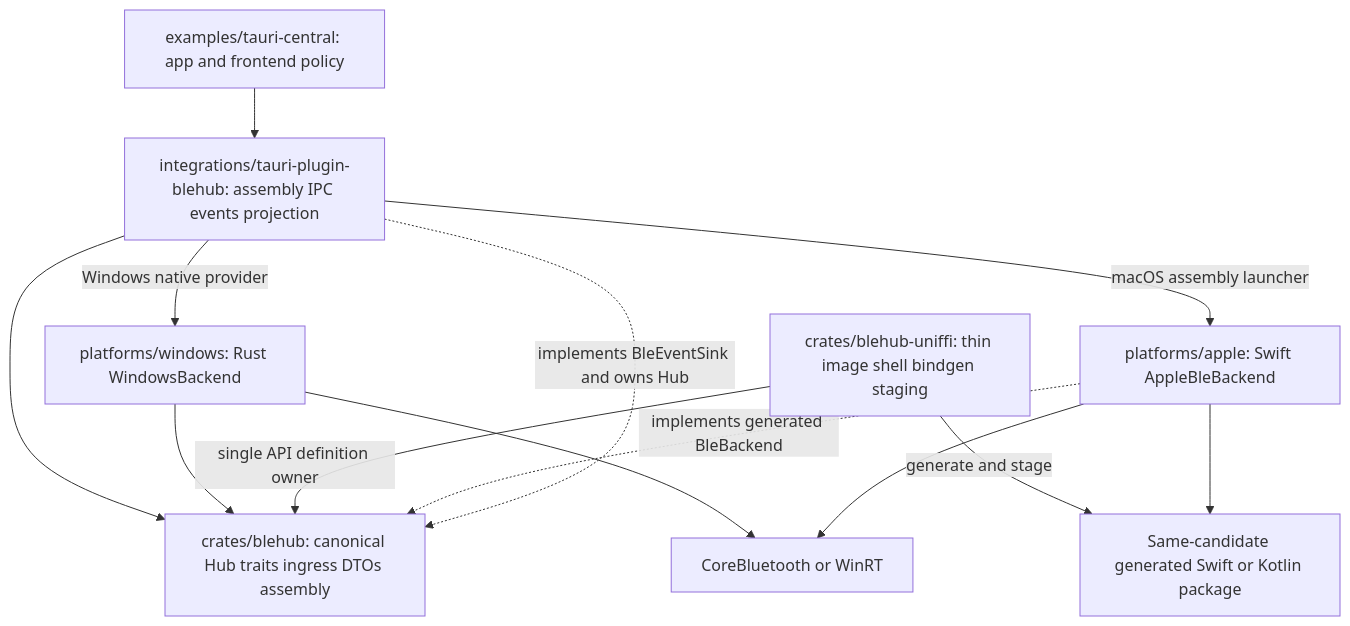
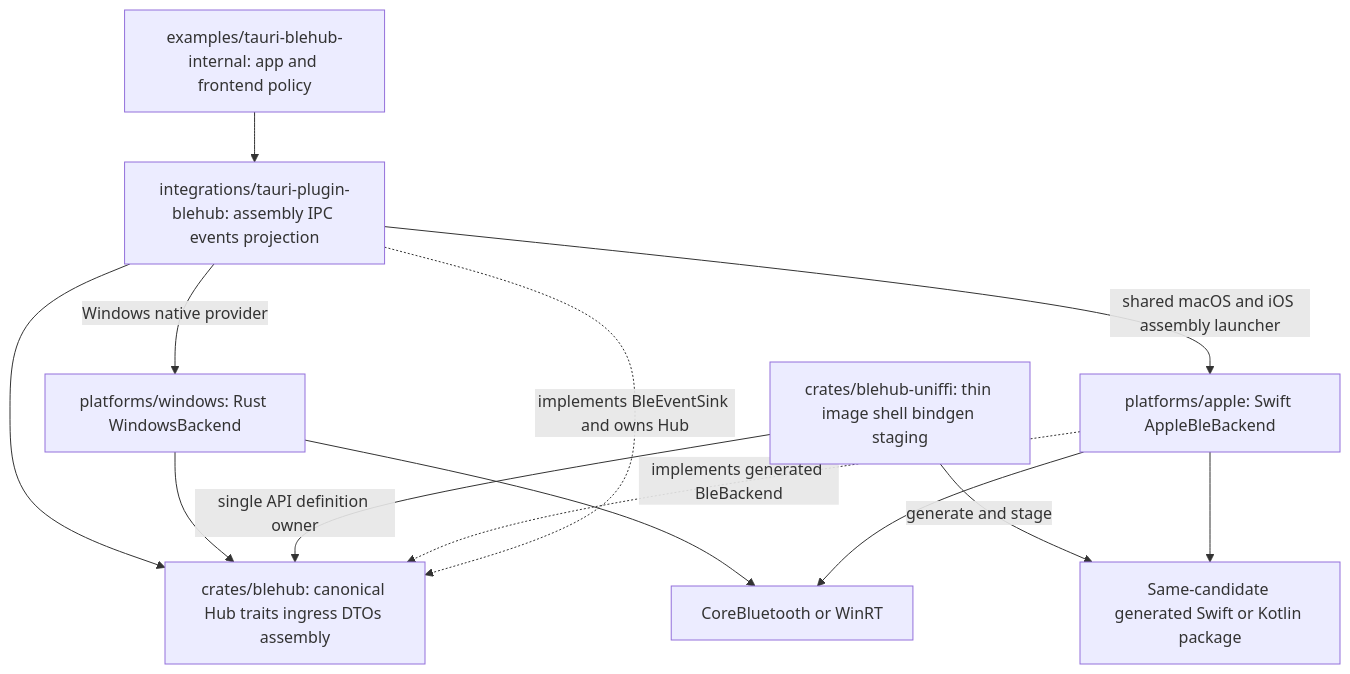
The second of 11 diagrams in .plan/PLAN.md (VIDLG/blengine), drawn with Mermaid before and after one commit. The commit also changed other lines of this file and 184 other files, not shown here.

````diff
--- a/.plan/PLAN.md
+++ b/.plan/PLAN.md
@@ -635,24 +647,24 @@
 ```mermaid
 flowchart TB
-    Example[examples/tauri-central: app and frontend policy]
+    Example[examples/tauri-blehub-internal: app and frontend policy]
     Plugin[integrations/tauri-plugin-blehub: assembly IPC events projection]
     Core[crates/blehub: canonical Hub traits ingress DTOs assembly]
     Shell[crates/blehub-uniffi: thin image shell bindgen staging]
     Package[Same-candidate generated Swift or Kotlin package]
     Apple[platforms/apple: Swift AppleBleBackend]
     Windows[platforms/windows: Rust WindowsBackend]
     Native[CoreBluetooth or WinRT]
 
     Example --> Plugin
     Plugin --> Core
     Plugin -->|Windows native provider| Windows
-    Plugin -->|macOS assembly launcher| Apple
+    Plugin -->|shared macOS and iOS assembly launcher| Apple
     Windows --> Core
     Shell -->|single API definition owner| Core
     Shell -->|generate and stage| Package
     Apple --> Package
     Windows --> Native
     Apple --> Native
     Apple -.->|implements generated BleBackend| Core
     Plugin -.->|implements BleEventSink and owns Hub| Core
 ```
````
